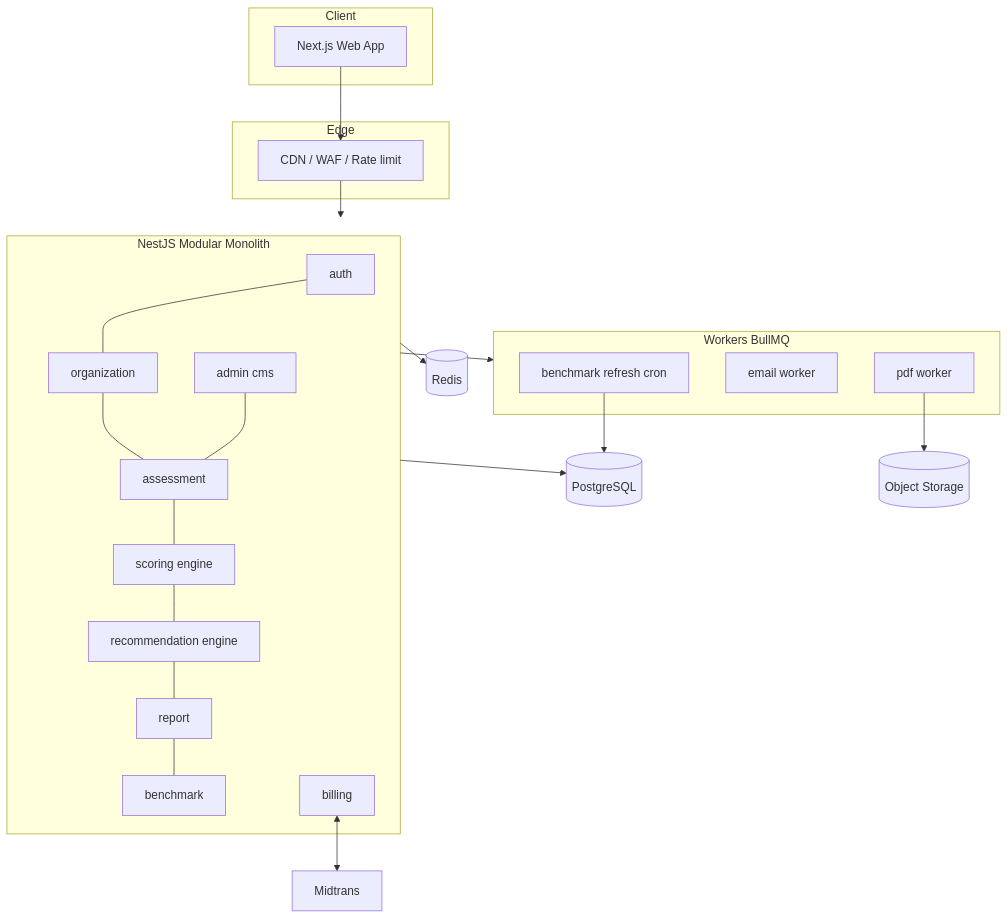
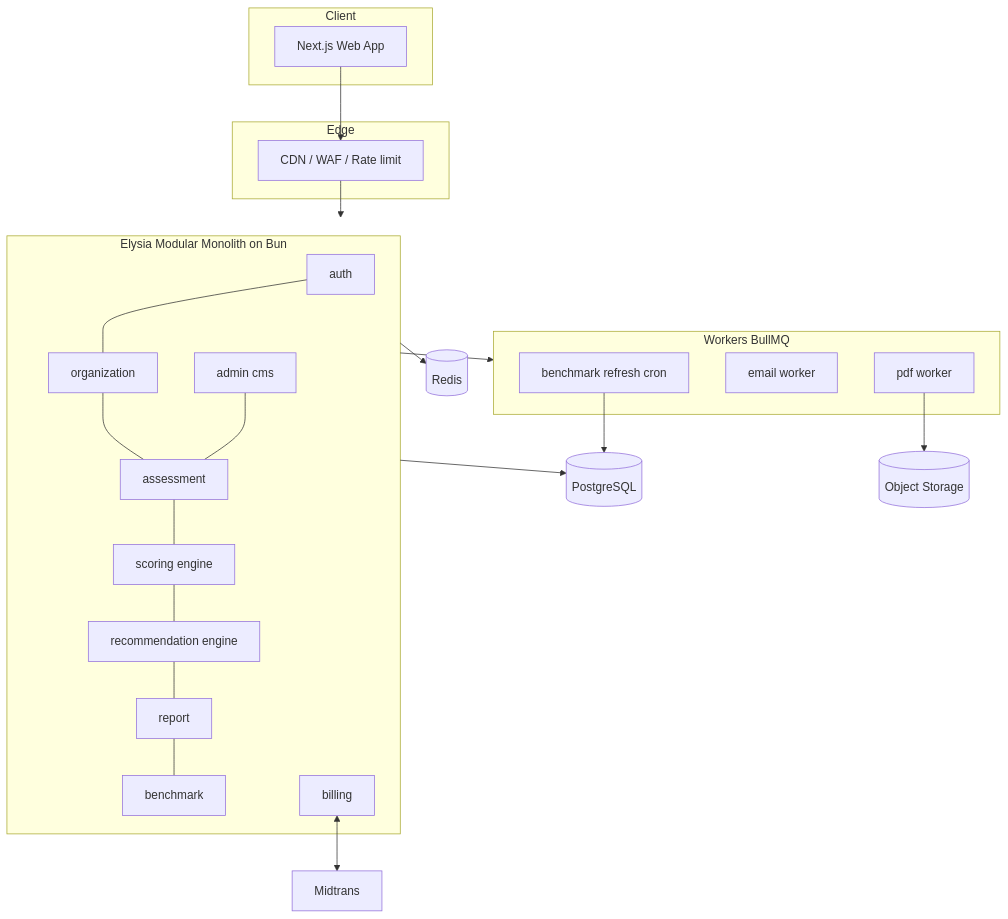
The first of 2 diagrams in docs/TRD.md (reyfuu/audit), drawn with Mermaid before and after one commit. The commit also changed other lines of this file and 10 other files, not shown here.

First line of the commit message:
refactor(arch): ganti backend NestJS -> Elysia (Bun) + Drizzle, verifikasi lewat spike

````diff
--- a/docs/TRD.md
+++ b/docs/TRD.md
@@ -31,36 +31,36 @@
 ```mermaid
 flowchart TB
   subgraph Client
     W[Next.js Web App]
   end
   subgraph Edge
     CDN[CDN / WAF / Rate limit]
   end
-  subgraph API[NestJS Modular Monolith]
+  subgraph API[Elysia Modular Monolith on Bun]
     AUTH[auth] --- ORG[organization]
     ORG --- ASM[assessment]
     ASM --- SCR[scoring engine]
     SCR --- REC[recommendation engine]
     REC --- RPT[report]
     RPT --- BMK[benchmark]
     ADM[admin cms] --- ASM
     PAY[billing]
   end
   subgraph Async[Workers BullMQ]
     PDFW[pdf worker]
     MAILW[email worker]
     BMKW[benchmark refresh cron]
   end
   DB[(PostgreSQL)]
   RDS[(Redis)]
   S3[(Object Storage)]
   MID[Midtrans]
 
   W --> CDN --> API
   API --> DB
   API --> RDS
   API --> Async
   PDFW --> S3
   PAY <--> MID
   BMKW --> DB
 ```
````
